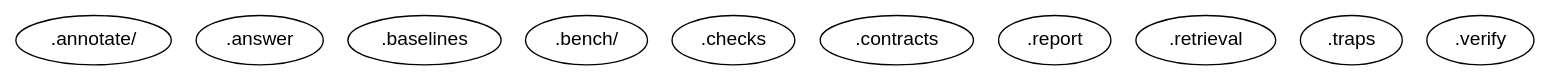
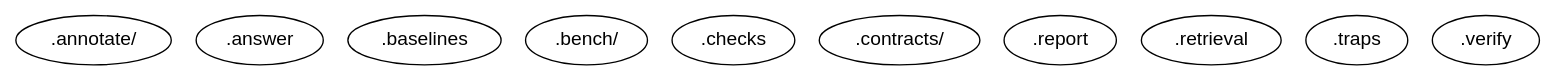
One commit to squliyev/bio-claim-check changed the diagram in docs/architecture/features.dot. Above: the diagram before and after it, drawn with Graphviz. The commit also changed 38 other files, not shown here.

```diff
--- a/docs/architecture/features.dot
+++ b/docs/architecture/features.dot
@@ -1,13 +1,13 @@
 digraph {
     node [fontname=helvetica]
     ".annotate" [label=".annotate/"]
     ".answer"
     ".baselines"
     ".bench" [label=".bench/"]
     ".checks"
-    ".contracts"
+    ".contracts" [label=".contracts/"]
     ".report"
     ".retrieval"
     ".traps"
     ".verify"
 }
```
